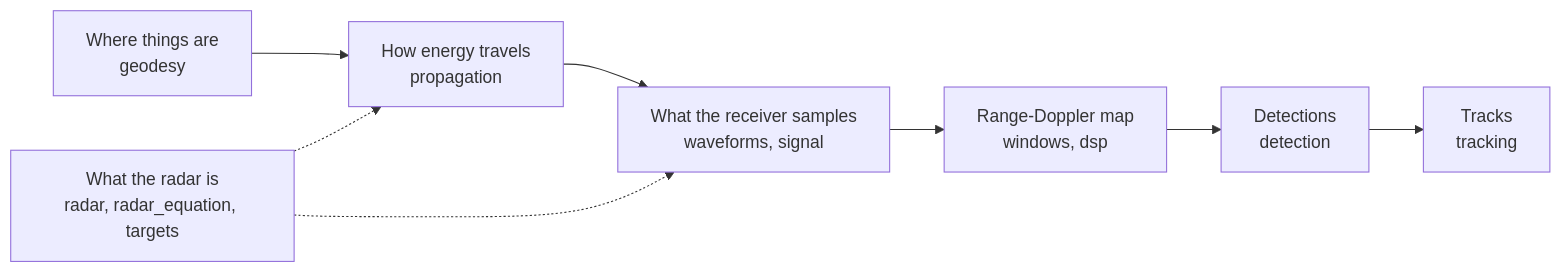
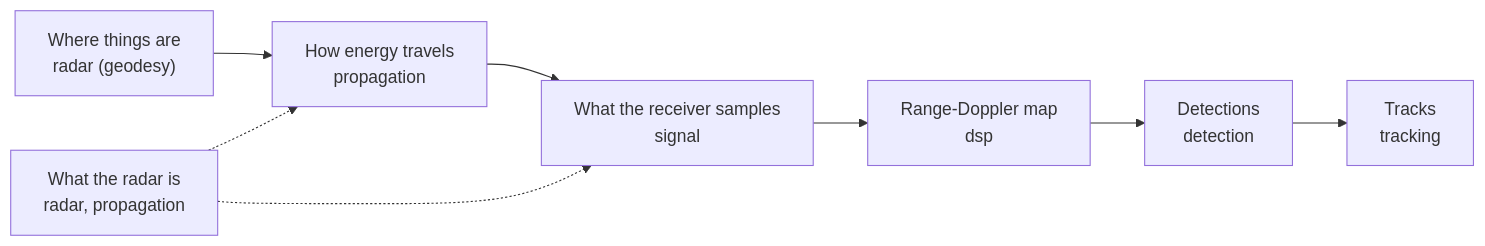
One commit to nyuting/radar-forge changed the diagram in docs/user-guide/README.md. Above: the diagram before and after it, drawn with Mermaid. The commit also changed other lines of this file and 164 other files, not shown here.

````diff
--- a/docs/user-guide/README.md
+++ b/docs/user-guide/README.md
@@ -12,10 +12,10 @@
 ```mermaid
 flowchart LR
-    A["Where things are<br/>geodesy"] --> B["How energy travels<br/>propagation"]
-    B --> C["What the receiver samples<br/>waveforms, signal"]
-    C --> D["Range-Doppler map<br/>windows, dsp"]
+    A["Where things are<br/>radar (geodesy)"] --> B["How energy travels<br/>propagation"]
+    B --> C["What the receiver samples<br/>signal"]
+    C --> D["Range-Doppler map<br/>dsp"]
     D --> E["Detections<br/>detection"]
     E --> F["Tracks<br/>tracking"]
-    R["What the radar is<br/>radar, radar_equation, targets"] -.-> B
+    R["What the radar is<br/>radar, propagation"] -.-> B
     R -.-> C
 ```
````
